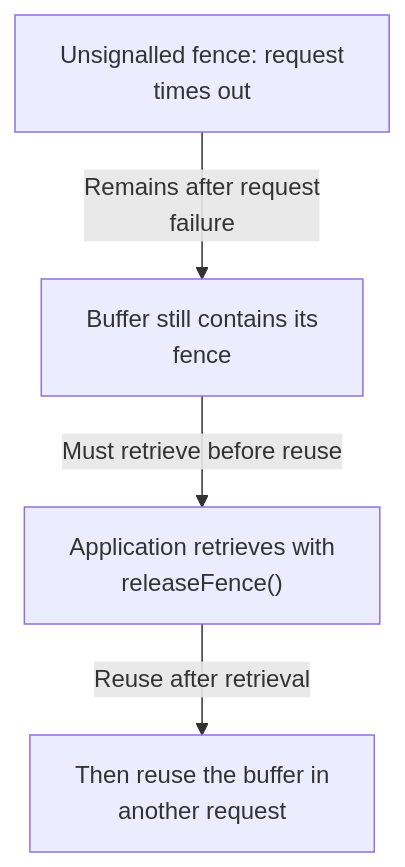
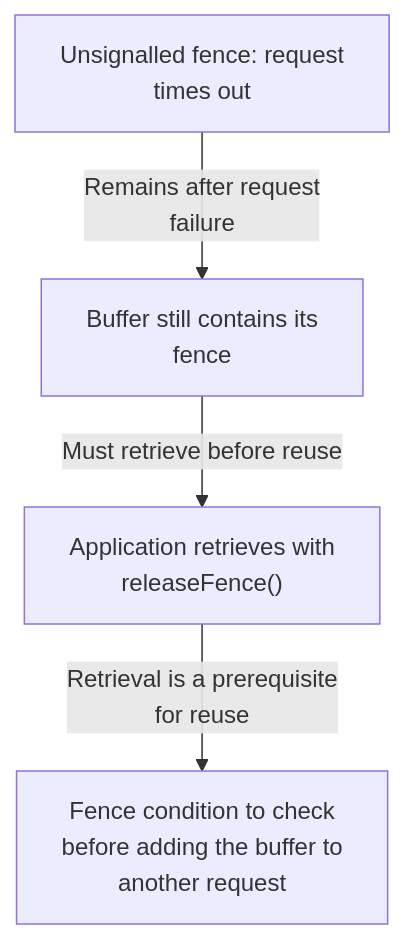
The diagram in docs/en/camera-requests.timeout-fence-recovery.mmd (TTolsun/libcamera-sdd), drawn with Mermaid before and after one commit. The commit also changed 11 other files, not shown here.

```diff
--- a/docs/en/camera-requests.timeout-fence-recovery.mmd
+++ b/docs/en/camera-requests.timeout-fence-recovery.mmd
@@ -1,9 +1,9 @@
 flowchart TB
 
   v_timeout["Unsignalled fence: request <br/>times out"]
   v_retained["Buffer still contains its <br/>fence"]
   v_retrieve["Application retrieves with <br/>releaseFence#40;#41;"]
-  v_reuse["Then reuse the buffer in <br/>another request"]
+  v_reuse["Fence condition to check <br/>before adding the buffer to <br/>another request"]
   v_timeout -->|"Remains after request <br/>failure"| v_retained
   v_retained -->|"Must retrieve before reuse"| v_retrieve
-  v_retrieve -->|"Reuse after retrieval"| v_reuse
+  v_retrieve -->|"Retrieval is a prerequisite <br/>for reuse"| v_reuse
```
